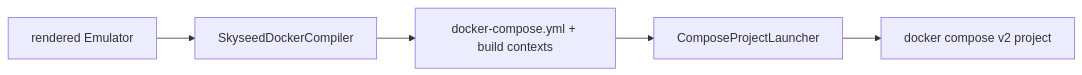
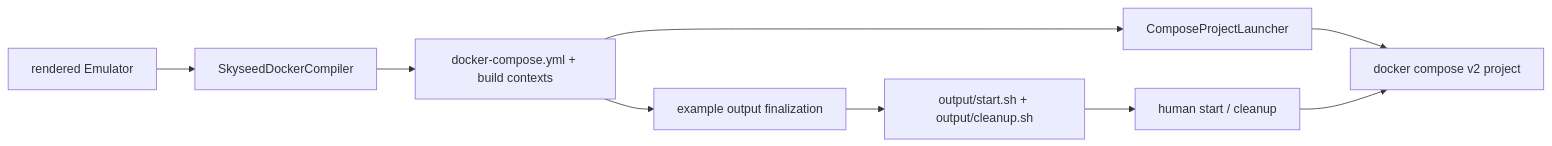
Before and after one commit to seed-labs/skyseed: the seventh of 7 diagrams in skyseed_v2/docs/architecture/diagrams.md, drawn with Mermaid. The commit also changed other lines of this file and 47 other files, not shown here.

````diff
--- a/skyseed_v2/docs/architecture/diagrams.md
+++ b/skyseed_v2/docs/architecture/diagrams.md
@@ -151,7 +168,11 @@
 ```mermaid
 flowchart LR
     E[rendered Emulator] --> C[SkyseedDockerCompiler]
     C --> D[docker-compose.yml + build contexts]
+    D --> F[example output finalization]
+    F --> S[output/start.sh + output/cleanup.sh]
+    S --> H[human start / cleanup]
     D --> L[ComposeProjectLauncher]
     L --> P[docker compose v2 project]
+    H --> P
 ```
````
